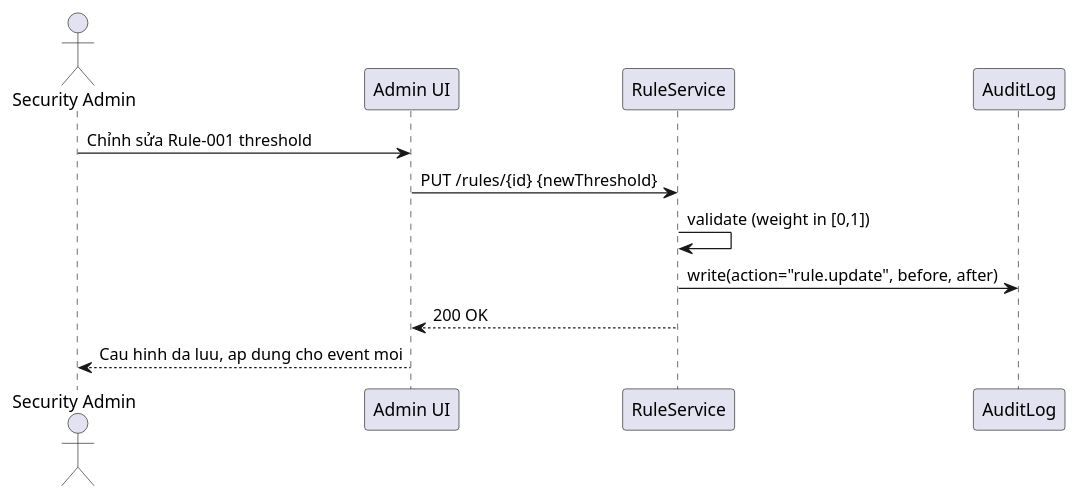
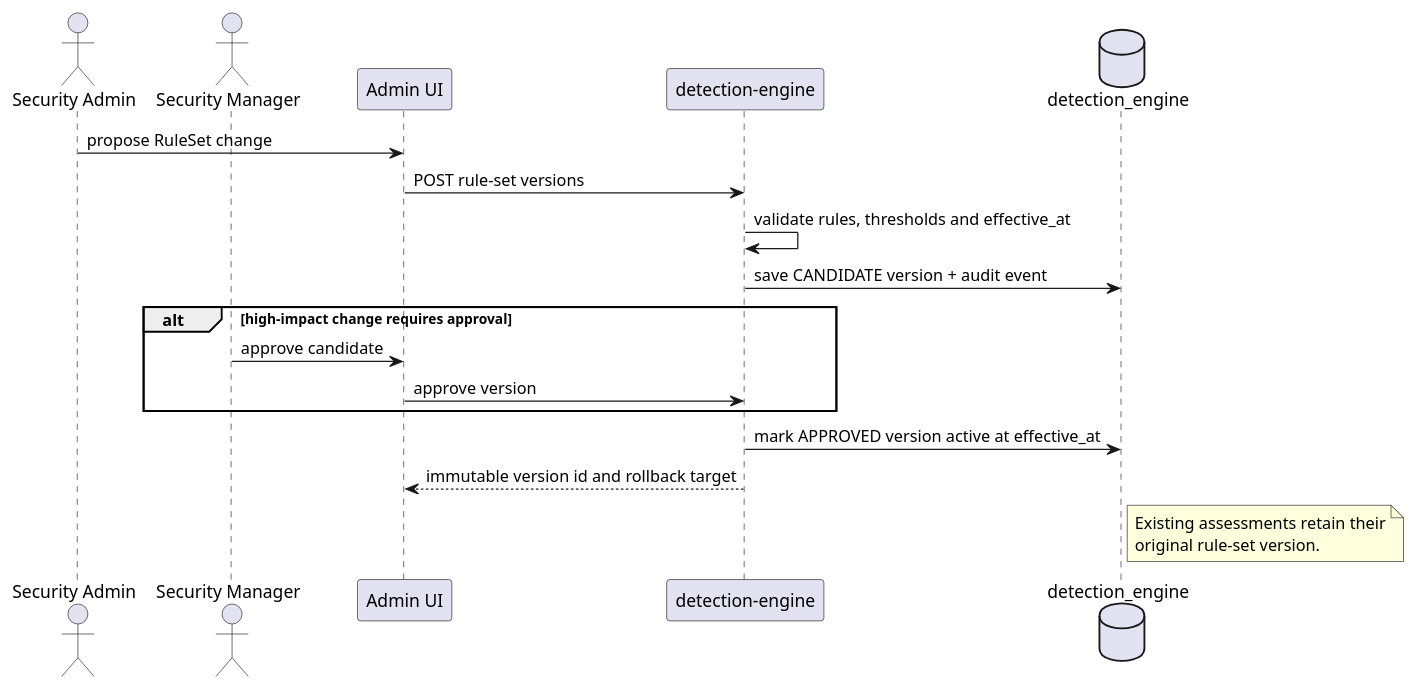
The diagram in docs/sequence-05-admin-rule.puml (Albert-Tuan/sentinel-auth), drawn with PlantUML before and after one commit. The commit also changed 88 other files, not shown here.

Commit message:
feat: align sentinel auth architecture and ML inference

```diff
--- a/docs/sequence-05-admin-rule.puml
+++ b/docs/sequence-05-admin-rule.puml
@@ -1,13 +1,22 @@
-@startuml st05-admin-config-rule
-actor "Security Admin" as ADM
-participant "Admin UI" as UI
-participant "RuleService" as RS
-participant "AuditLog" as AUD
+@startuml st05-versioned-rule-change
+actor "Security Admin" as admin
+actor "Security Manager" as manager
+participant "Admin UI" as ui
+participant "detection-engine" as detection
+database "detection_engine" as db
 
-ADM -> UI : Chỉnh sửa Rule-001 threshold
-UI -> RS : PUT /rules/{id} {newThreshold}
-RS -> RS : validate (weight in [0,1])
-RS -> AUD : write(action="rule.update", before, after)
-RS --> UI : 200 OK
-UI --> ADM : Cau hinh da luu, ap dung cho event moi
+admin -> ui : propose RuleSet change
+ui -> detection : POST rule-set versions
+detection -> detection : validate rules, thresholds and effective_at
+detection -> db : save CANDIDATE version + audit event
+alt high-impact change requires approval
+  manager -> ui : approve candidate
+  ui -> detection : approve version
+end
+detection -> db : mark APPROVED version active at effective_at
+detection --> ui : immutable version id and rollback target
+note right of db
+Existing assessments retain their
+original rule-set version.
+end note
 @enduml
```
